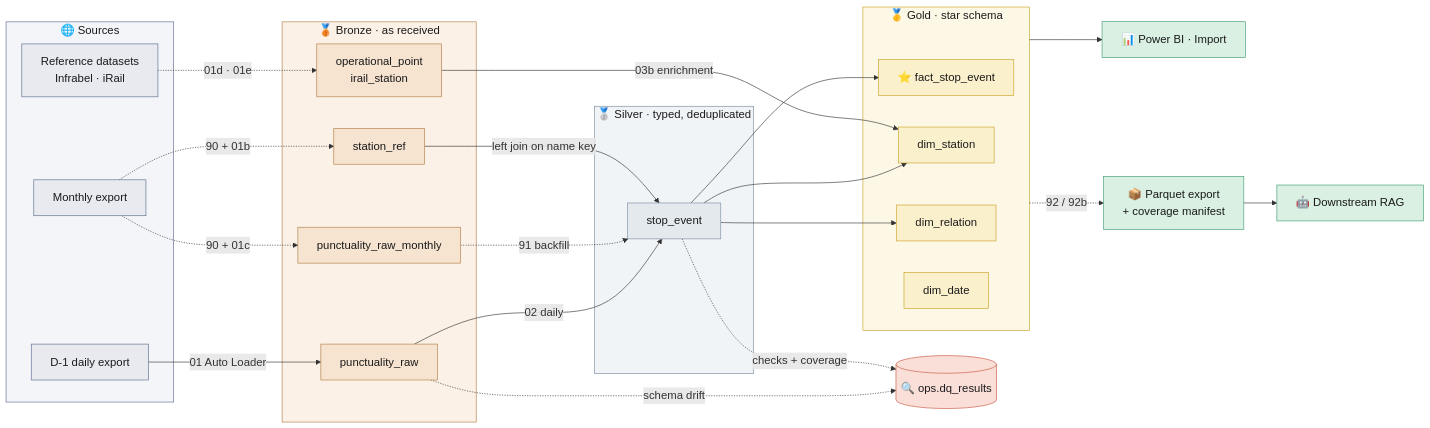
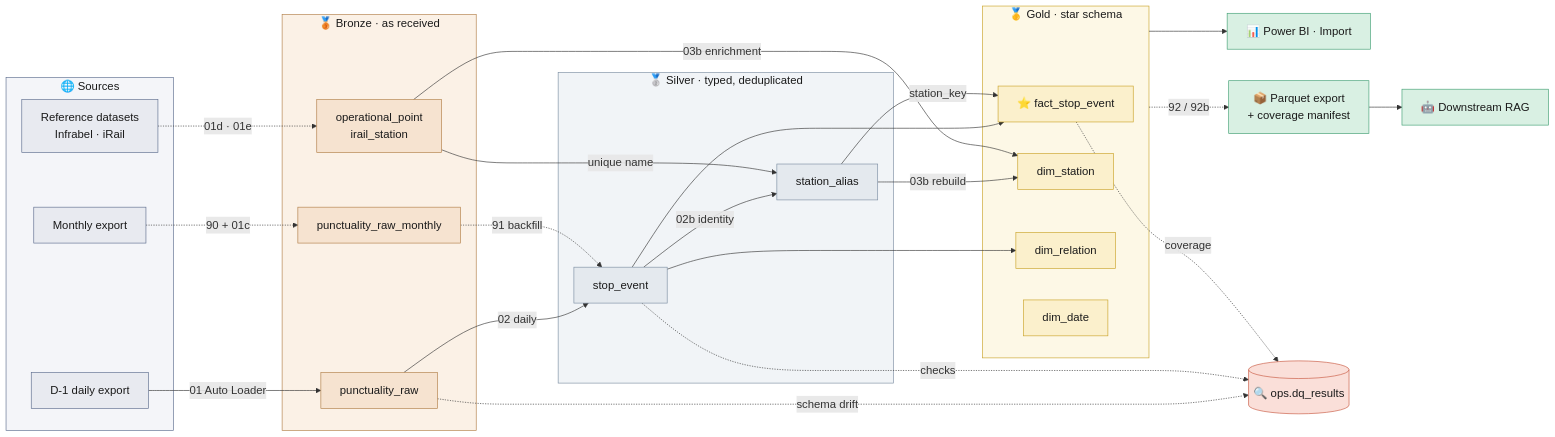
Before and after one commit to BeatrizJover/rail-punctuality-lakehouse: the first of 2 diagrams in README.md, drawn with Mermaid. The commit also changed other lines of this file, not shown here.

First line of the commit message:
docs(readme): condense README and document PTCAR_NO station identity

````diff
--- a/README.md
+++ b/README.md
@@ -49,68 +30,70 @@
 ```mermaid
 %%{init: {'themeVariables': {'fontSize': '18px'}}}%%
 flowchart LR
     subgraph SRC["🌐 Sources"]
         D1["D-1 daily export"]
         MO["Monthly export"]
         RF["Reference datasets<br/>Infrabel · iRail"]
     end
 
     subgraph BRZ["🥉 Bronze · as received"]
         BR["punctuality_raw"]
         BM["punctuality_raw_monthly"]
-        BS["station_ref"]
         BO["operational_point<br/>irail_station"]
     end
 
     subgraph SLV["🥈 Silver · typed, deduplicated"]
         SS["stop_event"]
+        SA["station_alias"]
     end
 
     subgraph GLD["🥇 Gold · star schema"]
         FE["⭐ fact_stop_event"]
         DS["dim_station"]
         DR["dim_relation"]
         DD["dim_date"]
     end
 
     PBI["📊 Power BI · Import"]
     EXP["📦 Parquet export<br/>+ coverage manifest"]
     RAG["🤖 Downstream RAG"]
     OPS[("🔍 ops.dq_results")]
 
     D1 -->|01 Auto Loader| BR
     MO -.->|90 + 01c| BM
-    MO -.->|90 + 01b| BS
     RF -.->|01d · 01e| BO
     BR -->|02 daily| SS
     BM -.->|91 backfill| SS
-    BS -->|left join on name key| SS
+    SS -->|02b identity| SA
+    BO -->|unique name| SA
     SS --> FE
-    SS --> DS
     SS --> DR
+    SA -->|station_key| FE
+    SA -->|03b rebuild| DS
     BO -->|03b enrichment| DS
     BR -.->|schema drift| OPS
-    SS -.->|checks + coverage| OPS
+    SS -.->|checks| OPS
+    FE -.->|coverage| OPS
     GLD --> PBI
     GLD -.->|92 / 92b| EXP
     EXP --> RAG
 
     classDef src fill:#e8eaf0,stroke:#5b6b8c,color:#1a1a1a
     classDef brz fill:#f6e3d0,stroke:#b07d45,color:#1a1a1a
     classDef slv fill:#e4e9ee,stroke:#7a8ca0,color:#1a1a1a
     classDef gld fill:#fbf0cc,stroke:#c9a227,color:#1a1a1a
     classDef out fill:#d9f0e3,stroke:#3f9e72,color:#1a1a1a
     classDef ops fill:#fadfd9,stroke:#c7563f,color:#1a1a1a
 
     class D1,MO,RF src
-    class BR,BM,BS,BO brz
-    class SS slv
+    class BR,BM,BO brz
+    class SS,SA slv
     class FE,DS,DR,DD gld
     class PBI,EXP,RAG out
     class OPS ops
 
     style SRC fill:#f4f5f9,stroke:#5b6b8c,color:#1a1a1a
     style BRZ fill:#fbf1e6,stroke:#b07d45,color:#1a1a1a
     style SLV fill:#f1f4f7,stroke:#7a8ca0,color:#1a1a1a
     style GLD fill:#fdf8e6,stroke:#c9a227,color:#1a1a1a
 ```
````
